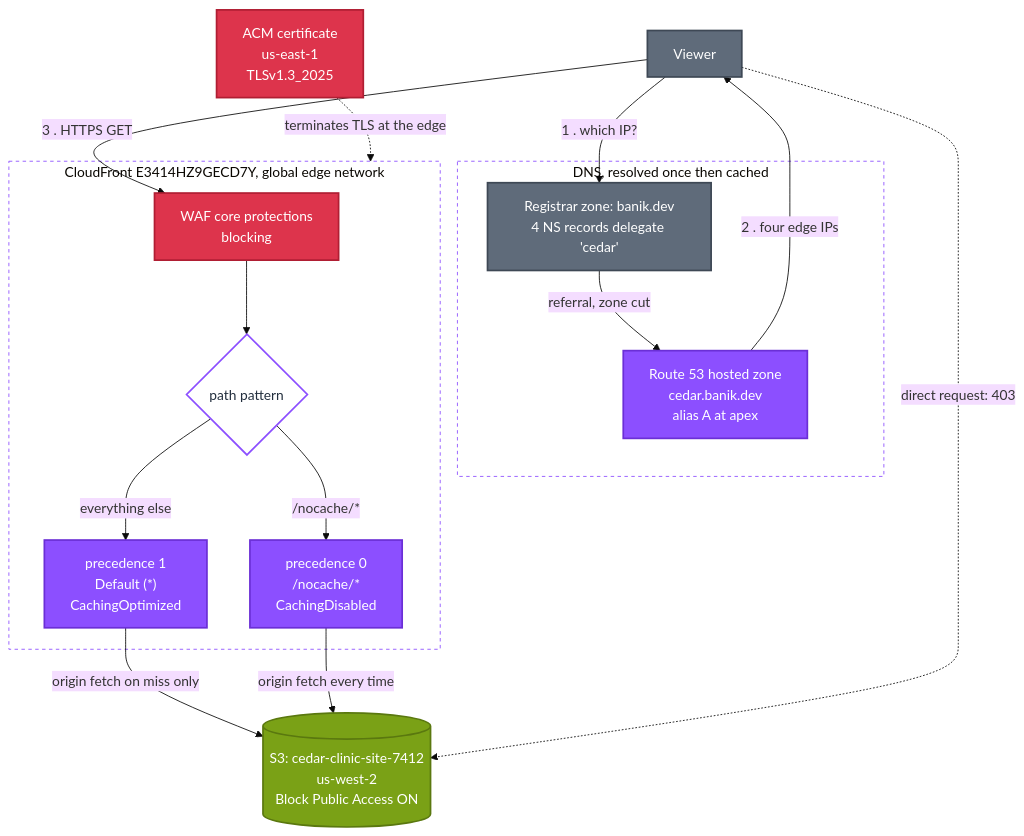
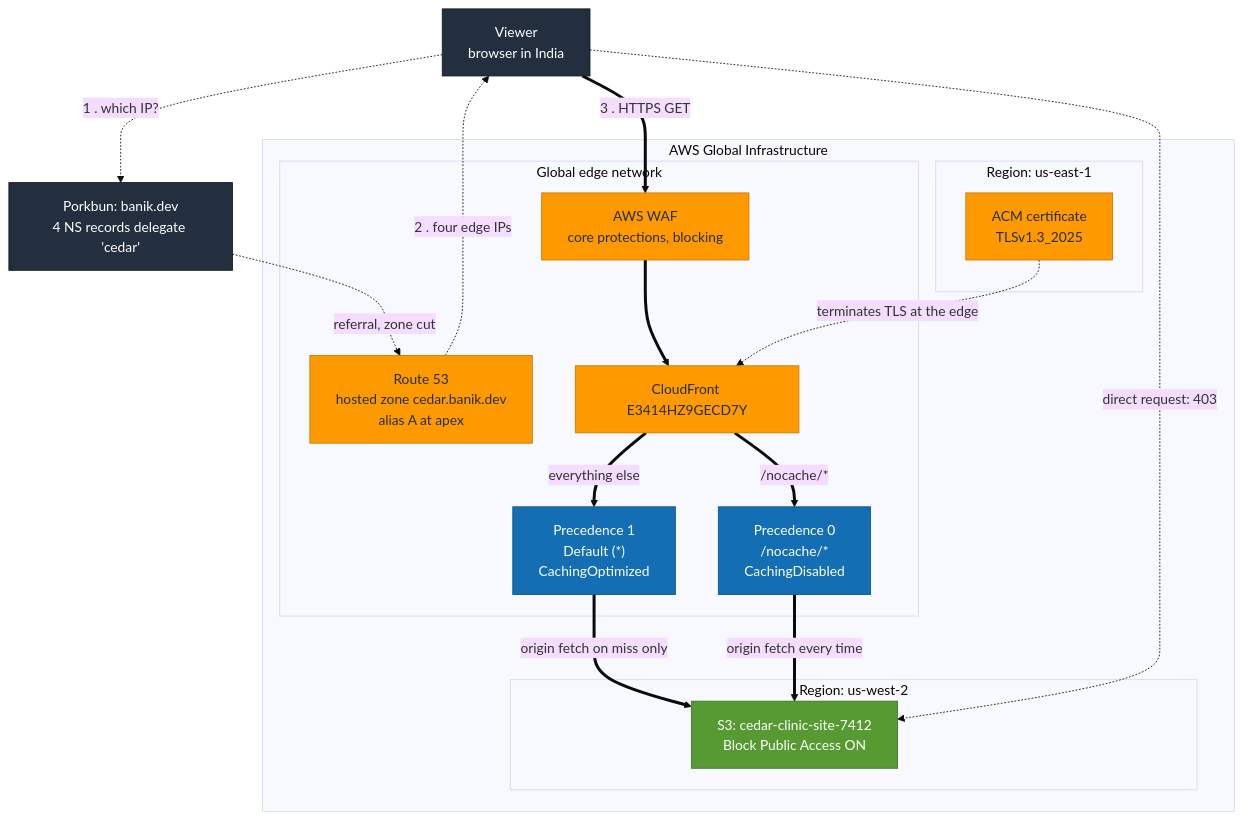
The diagram in s1-edge-delivery/README.md (rach16/aws-saa-projects), drawn with Mermaid (base theme) before and after one commit. The commit also changed other lines of this file, not shown here.

Commit message:
Redraw the S1 diagram with nested AWS containers and the brand palette
Follows the convention used across the SAA community repos: an outer AWS Global
Infrastructure subgraph holding region subgraphs, with services nested inside
the region they actually live in, and the AWS brand colours rather than the
service-category ones.

The nesting earns its place here. us-east-1 and us-west-2 are now separate
boxes, so the certificate living in a different region from the bucket is
something a reader sees rather than something the prose has to tell them. That
was already the most counter-intuitive fact in the project.

Dotted arrows are DNS and carry no traffic, thick arrows are the request path,
which makes the "Route 53 answers a question and leaves" point visual too.

One deviation from the convention: text colour is set on every classDef. The
usual fill-only version leaves light grey text on #FF9900, which is close to
unreadable. Dark navy on orange and white on blue, green and navy all clear
contrast comfortably.

````diff
--- a/s1-edge-delivery/README.md
+++ b/s1-edge-delivery/README.md
@@ -83,46 +83,43 @@
 ```mermaid
-flowchart TB
-    V["Viewer"]
+graph TB
+    V["Viewer<br/>browser in India"]
+    PB["Porkbun: banik.dev<br/>4 NS records delegate 'cedar'"]
 
-    subgraph dns["DNS, resolved once then cached"]
-        PB["Registrar zone: banik.dev<br/>4 NS records delegate 'cedar'"]
-        R53["Route 53 hosted zone<br/>cedar.banik.dev<br/>alias A at apex"]
-        PB -->|"referral, zone cut"| R53
+    subgraph AWS["AWS Global Infrastructure"]
+        subgraph EDGE["Global edge network"]
+            R53["Route 53<br/>hosted zone cedar.banik.dev<br/>alias A at apex"]
+            WAF["AWS WAF<br/>core protections, blocking"]
+            CF["CloudFront E3414HZ9GECD7Y"]
+            B0["Precedence 0<br/>/nocache/*<br/>CachingDisabled"]
+            B1["Precedence 1<br/>Default (*)<br/>CachingOptimized"]
+        end
+        subgraph USE1["Region: us-east-1"]
+            ACM["ACM certificate<br/>TLSv1.3_2025"]
+        end
+        subgraph USW2["Region: us-west-2"]
+            S3["S3: cedar-clinic-site-7412<br/>Block Public Access ON"]
+        end
     end
 
-    subgraph cf["CloudFront E3414HZ9GECD7Y, global edge network"]
-        WAF["WAF core protections<br/>blocking"]
-        BEH{"path pattern"}
-        B0["precedence 0<br/>/nocache/*<br/>CachingDisabled"]
-        B1["precedence 1<br/>Default (*)<br/>CachingOptimized"]
-        WAF --> BEH
-        BEH -->|"/nocache/*"| B0
-        BEH -->|"everything else"| B1
-    end
-
-    ACM["ACM certificate<br/>us-east-1<br/>TLSv1.3_2025"]
-    S3[("S3: cedar-clinic-site-7412<br/>us-west-2<br/>Block Public Access ON")]
-
-    V -->|"1 . which IP?"| PB
-    R53 -->|"2 . four edge IPs"| V
-    V -->|"3 . HTTPS GET"| WAF
-    B1 -->|"origin fetch on miss only"| S3
-    B0 -->|"origin fetch every time"| S3
-    ACM -.->|"terminates TLS at the edge"| cf
+    V -.->|"1 . which IP?"| PB
+    PB -.->|"referral, zone cut"| R53
+    R53 -.->|"2 . four edge IPs"| V
+    V ==>|"3 . HTTPS GET"| WAF
+    WAF ==> CF
+    CF ==>|"/nocache/*"| B0
+    CF ==>|"everything else"| B1
+    B1 ==>|"origin fetch on miss only"| S3
+    B0 ==>|"origin fetch every time"| S3
+    ACM -.->|"terminates TLS at the edge"| CF
     V -.->|"direct request: 403"| S3
 
-    classDef net fill:#8C4FFF,stroke:#6B2FD6,color:#ffffff,stroke-width:2px
-    classDef sec fill:#DD344C,stroke:#B01E33,color:#ffffff,stroke-width:2px
-    classDef sto fill:#7AA116,stroke:#5A780F,color:#ffffff,stroke-width:2px
-    classDef ext fill:#5F6B7A,stroke:#3E4855,color:#ffffff,stroke-width:2px
-    classDef pick fill:#FFFFFF,stroke:#8C4FFF,color:#232F3E,stroke-width:2px
+    classDef aws fill:#FF9900,color:#232F3E,stroke:#CC7A00
+    classDef edge fill:#146EB4,color:#FFFFFF,stroke:#0F5389
+    classDef store fill:#569A31,color:#FFFFFF,stroke:#417525
+    classDef ext fill:#232F3E,color:#FFFFFF,stroke:#131A23
 
-    class R53,B0,B1 net
-    class WAF,ACM sec
-    class S3 sto
+    class R53,WAF,CF,ACM aws
+    class B0,B1 edge
+    class S3 store
     class V,PB ext
-    class BEH pick
-
-    style dns fill:none,stroke:#8C4FFF,stroke-width:1px,stroke-dasharray:4 4
-    style cf fill:none,stroke:#8C4FFF,stroke-width:1px,stroke-dasharray:4 4
 ```
````
